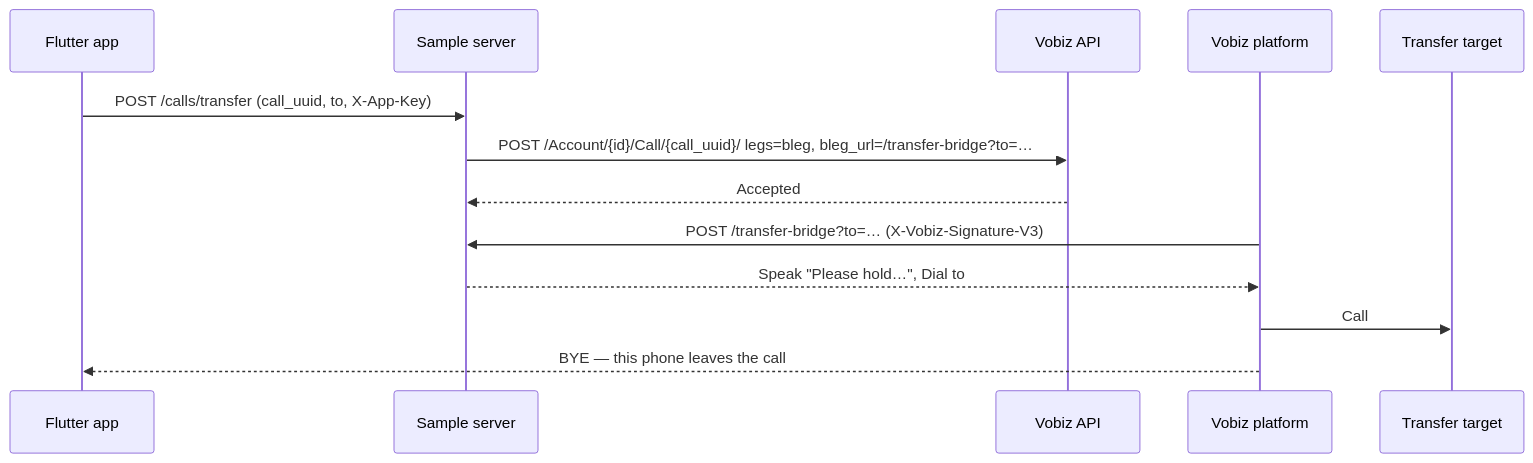
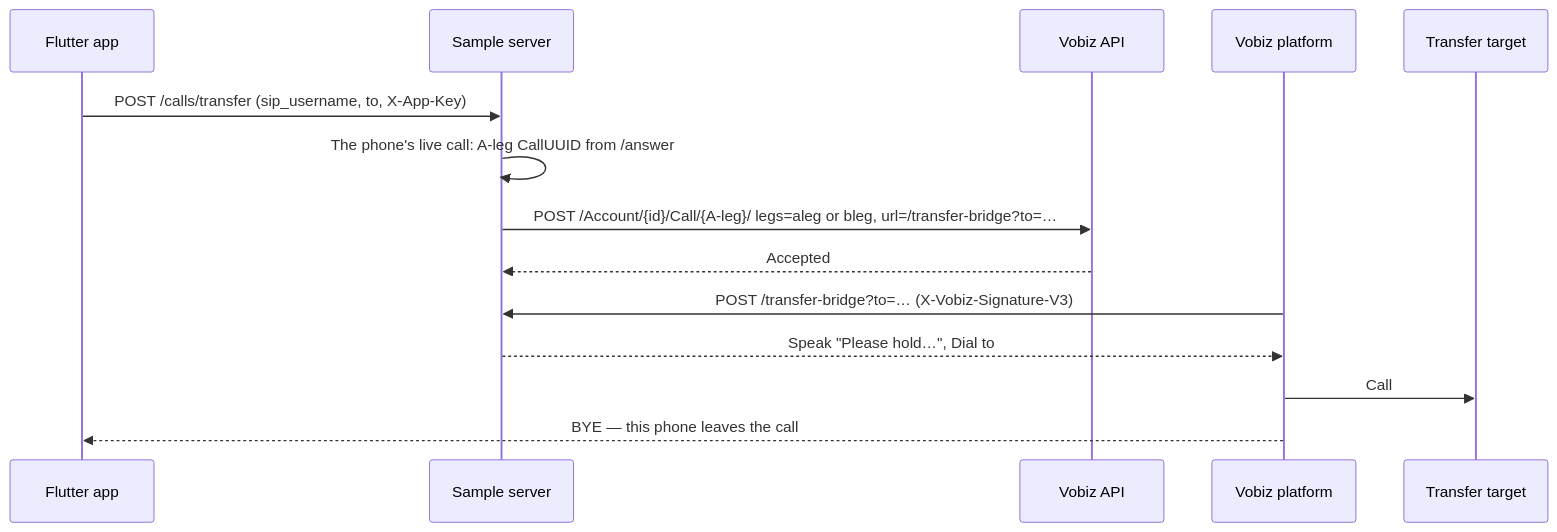
One commit to vobiz-ai/Vobiz-Android-Sample changed the fifth of 6 diagrams in README.md. Above: the diagram before and after it, drawn with Mermaid. The commit also changed other lines of this file and 5 other files, not shown here.

````diff
--- a/README.md
+++ b/README.md
@@ -244,16 +247,17 @@
 ```mermaid
 sequenceDiagram
     participant App as Flutter app
     participant Srv as Sample server
     participant API as Vobiz API
     participant Vobiz as Vobiz platform
     participant Target as Transfer target
 
-    App->>Srv: POST /calls/transfer (call_uuid, to, X-App-Key)
-    Srv->>API: POST /Account/{id}/Call/{call_uuid}/ legs=bleg, bleg_url=/transfer-bridge?to=…
+    App->>Srv: POST /calls/transfer (sip_username, to, X-App-Key)
+    Srv->>Srv: The phone's live call: A-leg CallUUID from /answer
+    Srv->>API: POST /Account/{id}/Call/{A-leg}/ legs=aleg or bleg, url=/transfer-bridge?to=…
     API-->>Srv: Accepted
     Vobiz->>Srv: POST /transfer-bridge?to=… (X-Vobiz-Signature-V3)
     Srv-->>Vobiz: Speak "Please hold…", Dial to
     Vobiz->>Target: Call
     Vobiz-->>App: BYE — this phone leaves the call
 ```
````
